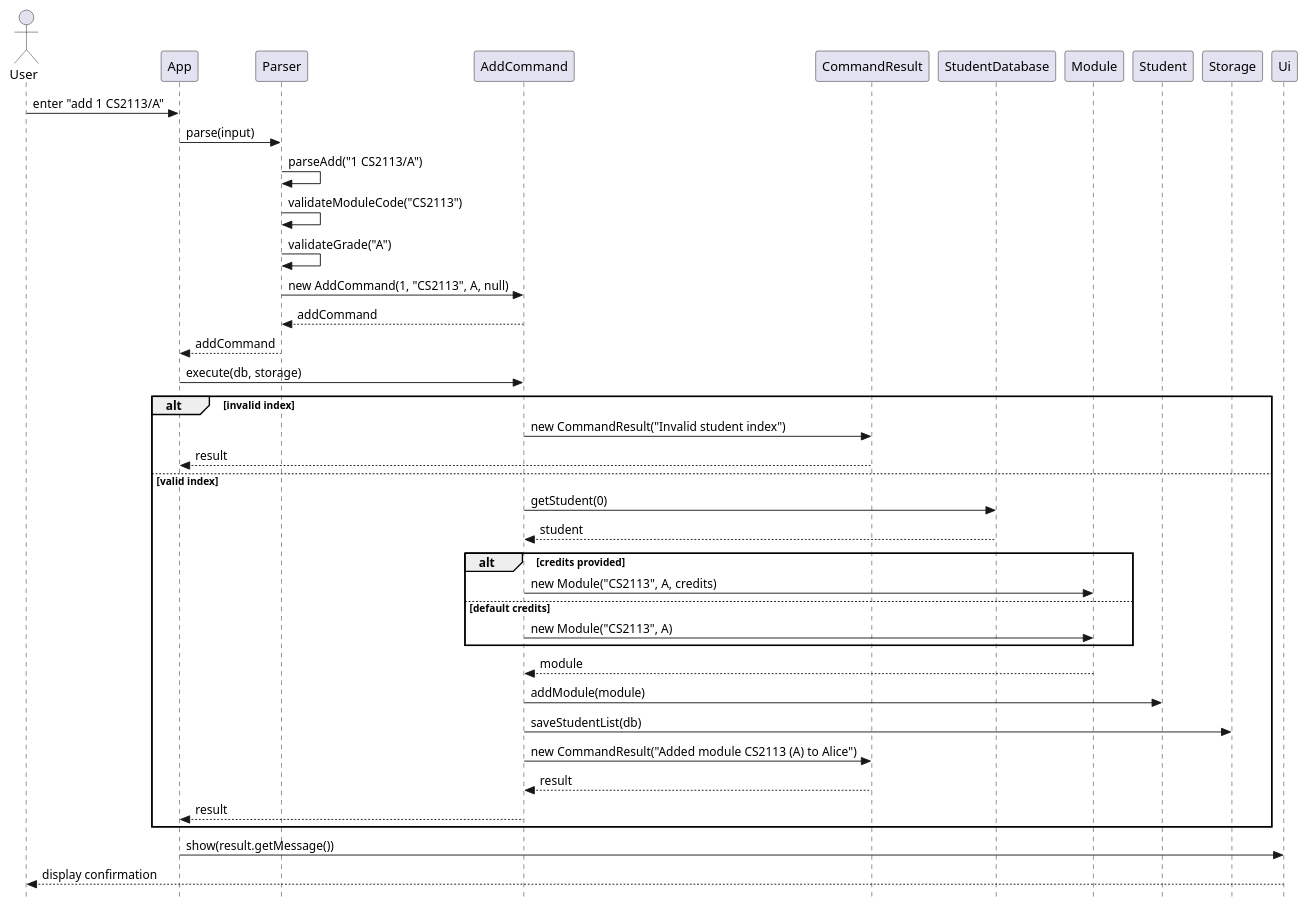
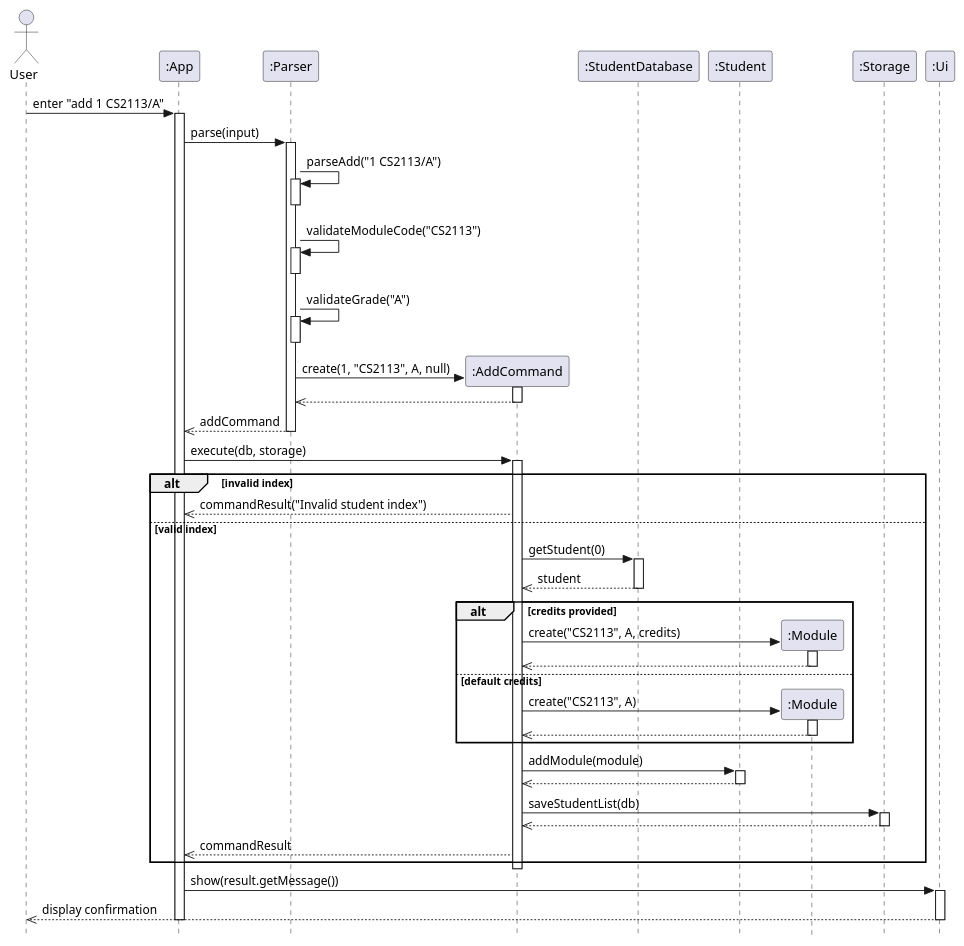
The diagram in docs/diagrams/AddCommandSequence.puml (AgaraNUS/tp), drawn with PlantUML before and after one commit. The commit also changed 14 other files, not shown here.

```diff
--- a/docs/diagrams/AddCommandSequence.puml
+++ b/docs/diagrams/AddCommandSequence.puml
@@ -1,38 +1,73 @@
 @startuml AddCommandSequence
 skinparam style strictuml
 actor User
 
+participant ":App" as App
+participant ":Parser" as Parser
+participant ":AddCommand" as AddCommand
+participant ":StudentDatabase" as StudentDatabase
+participant ":Student" as Student
+participant ":Module" as Module
+participant ":Storage" as Storage
+participant ":Ui" as Ui
+
 User -> App : enter "add 1 CS2113/A"
+activate App
 App -> Parser : parse(input)
+activate Parser
 Parser -> Parser : parseAdd("1 CS2113/A")
+activate Parser
+deactivate Parser
 Parser -> Parser : validateModuleCode("CS2113")
+activate Parser
+deactivate Parser
 Parser -> Parser : validateGrade("A")
-Parser -> AddCommand : new AddCommand(1, "CS2113", A, null)
-AddCommand --> Parser : addCommand
-Parser --> App : addCommand
+activate Parser
+deactivate Parser
+Parser -> AddCommand ** : create(1, "CS2113", A, null)
+activate AddCommand
+AddCommand -->> Parser
+deactivate AddCommand
+Parser -->> App : addCommand
+deactivate Parser
 App -> AddCommand : execute(db, storage)
+activate AddCommand
 
 alt invalid index
-    AddCommand -> CommandResult : new CommandResult("Invalid student index")
-    CommandResult --> App : result
+    AddCommand -->> App : commandResult("Invalid student index")
 else valid index
     AddCommand -> StudentDatabase : getStudent(0)
-    StudentDatabase --> AddCommand : student
+    activate StudentDatabase
+    StudentDatabase -->> AddCommand : student
+    deactivate StudentDatabase
 
     alt credits provided
-        AddCommand -> Module : new Module("CS2113", A, credits)
+        AddCommand -> Module ** : create("CS2113", A, credits)
+        activate Module
+        Module -->> AddCommand
+        deactivate Module
     else default credits
-        AddCommand -> Module : new Module("CS2113", A)
+        AddCommand -> Module ** : create("CS2113", A)
+        activate Module
+        Module -->> AddCommand
+        deactivate Module
     end
 
-    Module --> AddCommand : module
     AddCommand -> Student : addModule(module)
+    activate Student
+    Student -->> AddCommand
+    deactivate Student
     AddCommand -> Storage : saveStudentList(db)
-    AddCommand -> CommandResult : new CommandResult("Added module CS2113 (A) to Alice")
-    CommandResult --> AddCommand : result
-    AddCommand --> App : result
+    activate Storage
+    Storage -->> AddCommand
+    deactivate Storage
+    AddCommand -->> App : commandResult
 end
+deactivate AddCommand
 
 App -> Ui : show(result.getMessage())
-Ui --> User : display confirmation
+activate Ui
+Ui -->> User : display confirmation
+deactivate Ui
+deactivate App
 @enduml
```
